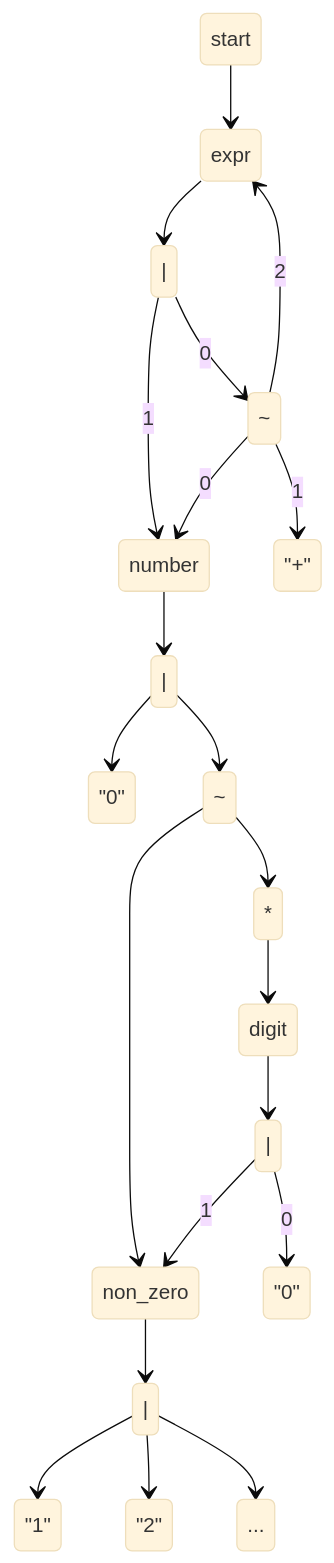
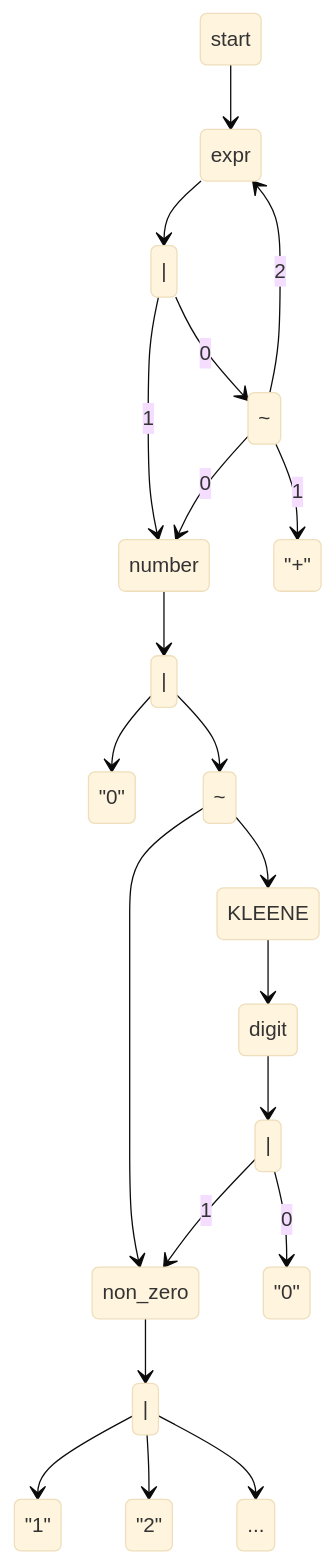
The second of 5 diagrams in README.md (fandango-fuzzer/fandango-rs), drawn with Mermaid (base theme) before and after one commit. The commit also changed other lines of this file, not shown here.

Commit message:
Fix the mermaid graphs for GitHub rendering

````diff
--- a/README.md
+++ b/README.md
@@ -143,36 +143,36 @@
 ```mermaid
 stateDiagram-v2
     start --> expr
     expr --> |0
     |0: |
     |0 --> number: 1
     |0 --> ~0: 0
     ~0: ~
     ~0 --> number: 0
     ~0 --> plus: 1
     plus: "+"
     ~0 --> expr: 2
     number --> |1
     |1: |
     |1 --> zero0
     zero0: "0"
     |1 --> ~1
     ~1: ~
     ~1 --> non_zero
     ~1 --> kleene
-    kleene: *
+    kleene: KLEENE
     kleene --> digit
     non_zero --> |2
     |2: |
     |2 --> one
     one: "1"
     |2 --> two
     two: "2"
     |2 --> three
     three: ...
     digit --> |3
     |3: |
     |3 --> zero1: 0
     zero1: "0"
     |3 --> non_zero: 1
 ```
````
